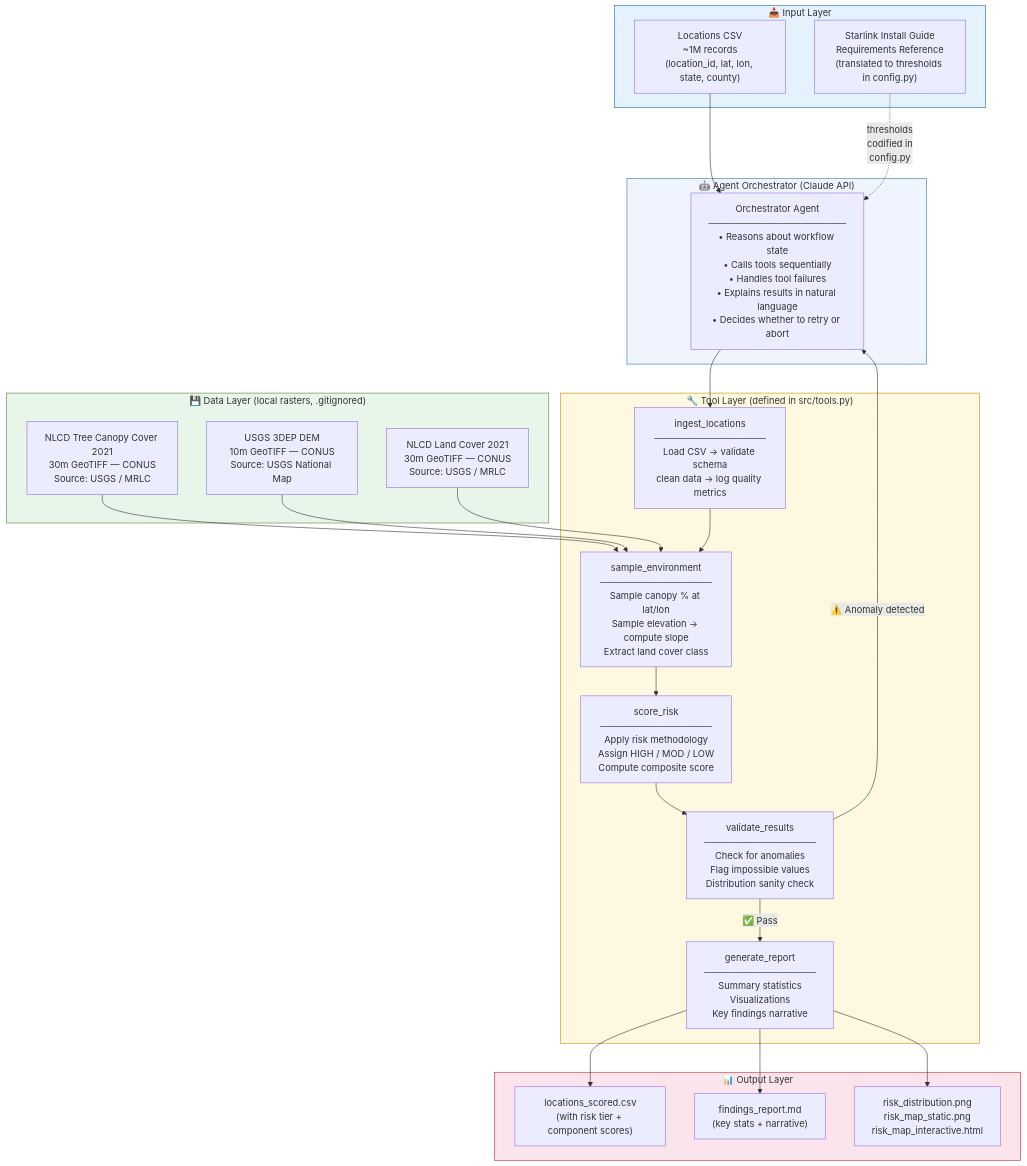
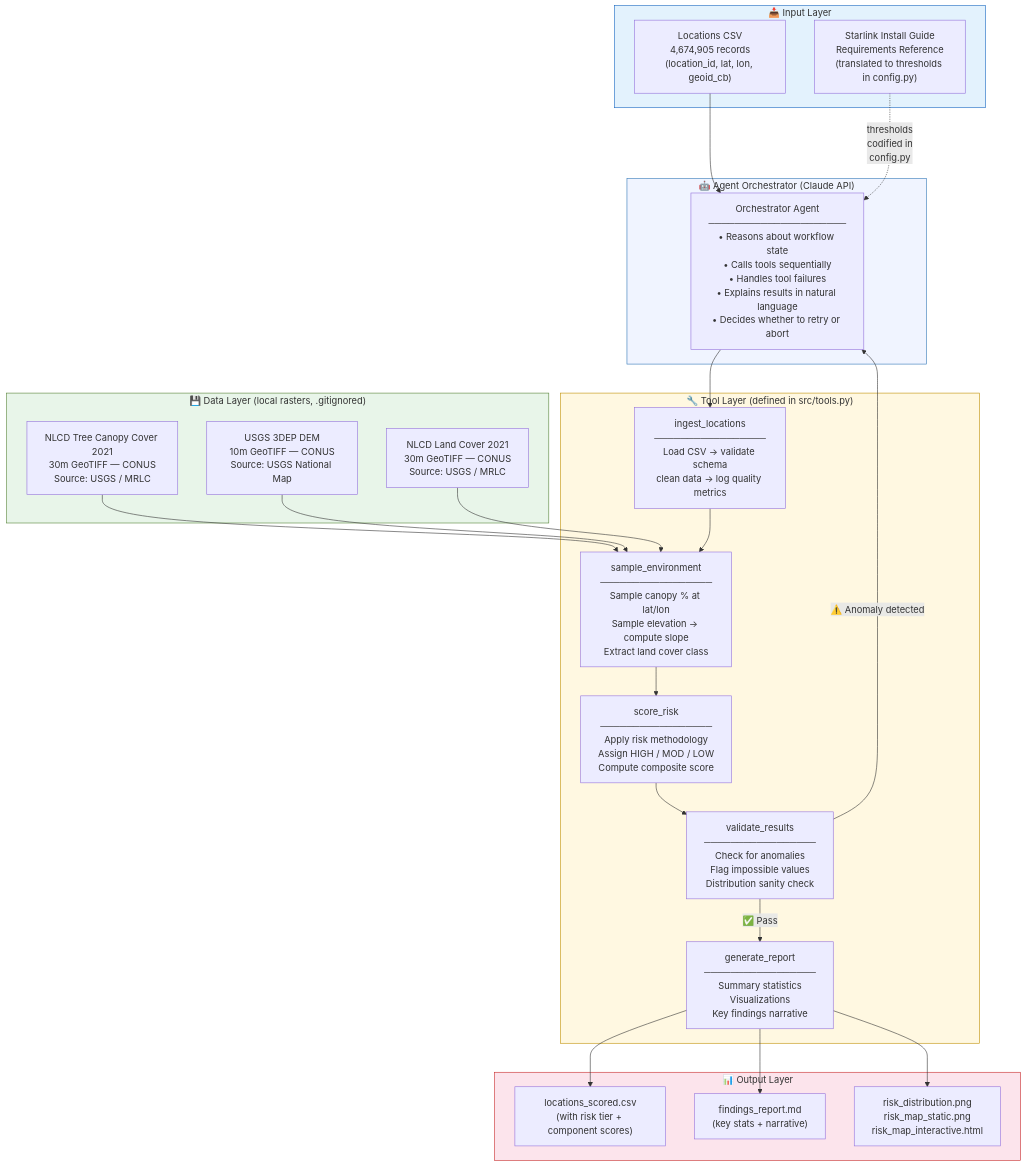
One commit to ayushgawai/Ready_Builders_Challenge changed the first of 2 diagrams in docs/architecture.md. Above: the diagram before and after it, drawn with Mermaid. The commit also changed other lines of this file and 29 other files, not shown here.

````diff
--- a/docs/architecture.md
+++ b/docs/architecture.md
@@ -19,52 +21,52 @@
 ```mermaid
 flowchart TB
     subgraph Input["📥 Input Layer"]
-        CSV["Locations CSV\n~1M records\n(location_id, lat, lon, state, county)"]
+        CSV["Locations CSV\n4,674,905 records\n(location_id, lat, lon, geoid_cb)"]
         GUIDE["Starlink Install Guide\nRequirements Reference\n(translated to thresholds in config.py)"]
     end
 
     subgraph Agent["🤖 Agent Orchestrator (Claude API)"]
         ORCH["Orchestrator Agent\n─────────────────────\n• Reasons about workflow state\n• Calls tools sequentially\n• Handles tool failures\n• Explains results in natural language\n• Decides whether to retry or abort"]
     end
 
     subgraph Tools["🔧 Tool Layer  (defined in src/tools.py)"]
         T1["ingest_locations\n─────────────────\nLoad CSV → validate schema\nclean data → log quality metrics"]
         T2["sample_environment\n─────────────────\nSample canopy % at lat/lon\nSample elevation → compute slope\nExtract land cover class"]
         T3["score_risk\n─────────────────\nApply risk methodology\nAssign HIGH / MOD / LOW\nCompute composite score"]
         T4["validate_results\n─────────────────\nCheck for anomalies\nFlag impossible values\nDistribution sanity check"]
         T5["generate_report\n─────────────────\nSummary statistics\nVisualizations\nKey findings narrative"]
     end
 
     subgraph Data["💾 Data Layer  (local rasters, .gitignored)"]
         NLCD_TCC["NLCD Tree Canopy Cover 2021\n30m GeoTIFF — CONUS\nSource: USGS / MRLC"]
         DEM["USGS 3DEP DEM\n10m GeoTIFF — CONUS\nSource: USGS National Map"]
         NLCD_LC["NLCD Land Cover 2021\n30m GeoTIFF — CONUS\nSource: USGS / MRLC"]
     end
 
     subgraph Output["📊 Output Layer"]
         SCORED["locations_scored.csv\n(with risk tier + component scores)"]
         REPORT["findings_report.md\n(key stats + narrative)"]
         VIZ["risk_distribution.png\nrisk_map_static.png\nrisk_map_interactive.html"]
     end
 
     CSV --> ORCH
     GUIDE -.->|"thresholds\ncodified in\nconfig.py"| ORCH
     ORCH --> T1
     T1 --> T2
     NLCD_TCC --> T2
     DEM --> T2
     NLCD_LC --> T2
     T2 --> T3
     T3 --> T4
     T4 -->|"✅ Pass"| T5
     T4 -->|"⚠️ Anomaly detected"| ORCH
     T5 --> SCORED
     T5 --> REPORT
     T5 --> VIZ
 
     style Input fill:#e3f2fd,stroke:#1565C0
     style Agent fill:#f0f4ff,stroke:#2E75B6
     style Tools fill:#fff8e1,stroke:#BF8F00
     style Data fill:#e8f5e9,stroke:#548235
     style Output fill:#fce4ec,stroke:#C62828
 ```
````
